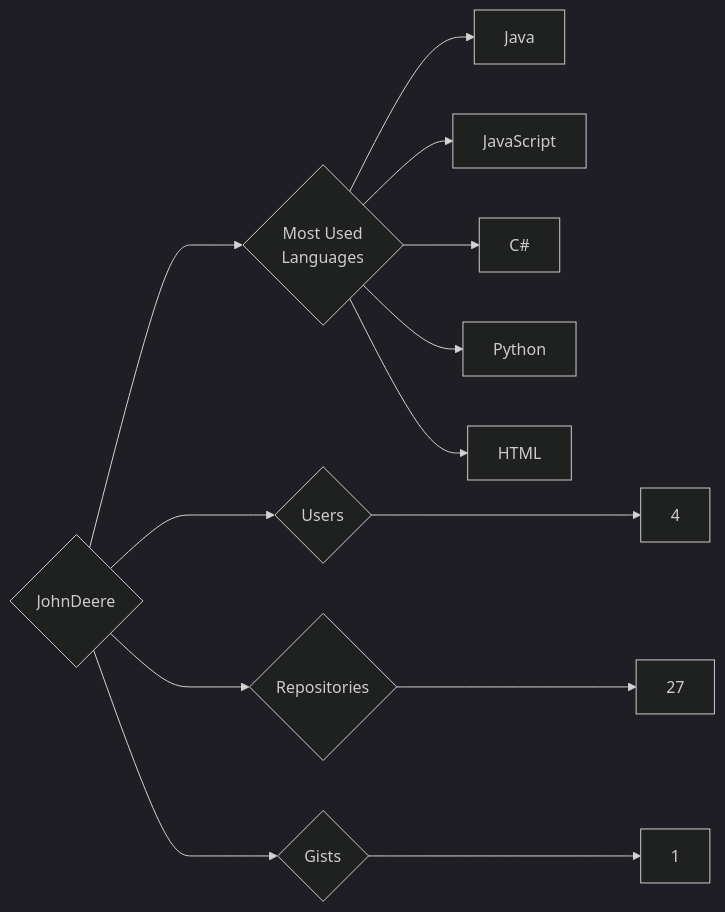
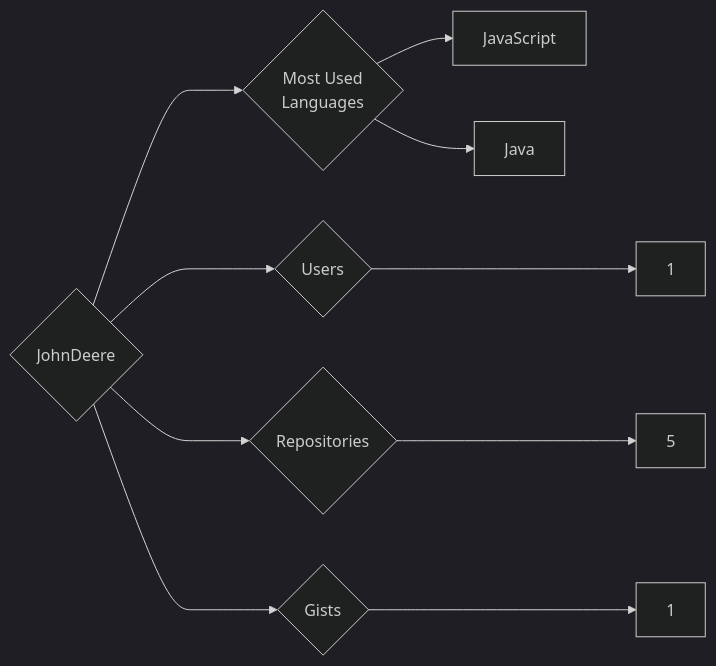
The diagram in targets/JohnDeere/README.md (trickest/insiders), drawn with Mermaid (dark theme) before and after one commit. The commit also changed 1084 other files, not shown here.

````diff
--- a/targets/JohnDeere/README.md
+++ b/targets/JohnDeere/README.md
@@ -3,13 +3,10 @@
 ```mermaid
 graph LR
 COMPANY_NAME{JohnDeere}
-COMPANY_NAME ---> U{Users} ---> UN[4]
-COMPANY_NAME ---> R{Repositories} ---> RN[27]
+COMPANY_NAME ---> U{Users} ---> UN[1]
+COMPANY_NAME ---> R{Repositories} ---> RN[5]
 COMPANY_NAME ---> G{Gists} ---> GN[1]
 COMPANY_NAME ---> ML{Most Used<br>Languages}
+ML --> JavaScript[JavaScript]
 ML --> Java[Java]
-ML --> JavaScript[JavaScript]
-ML --> C#[C#]
-ML --> Python[Python]
-ML --> HTML[HTML]
 ```
````
